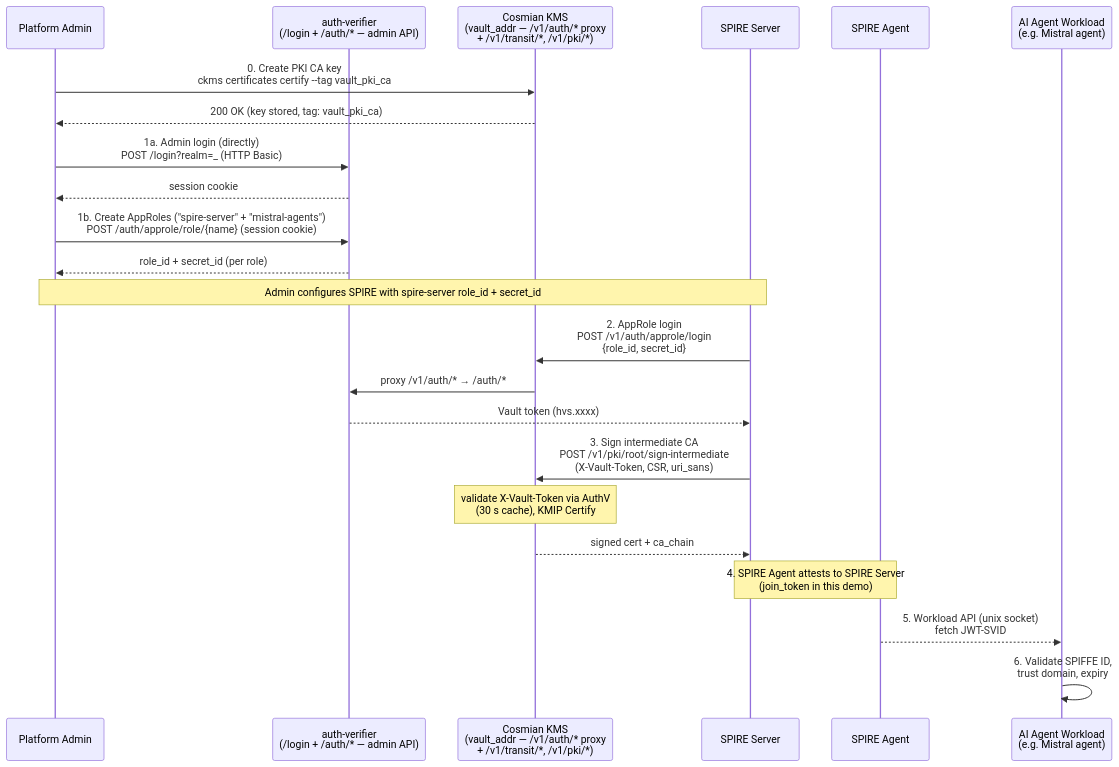
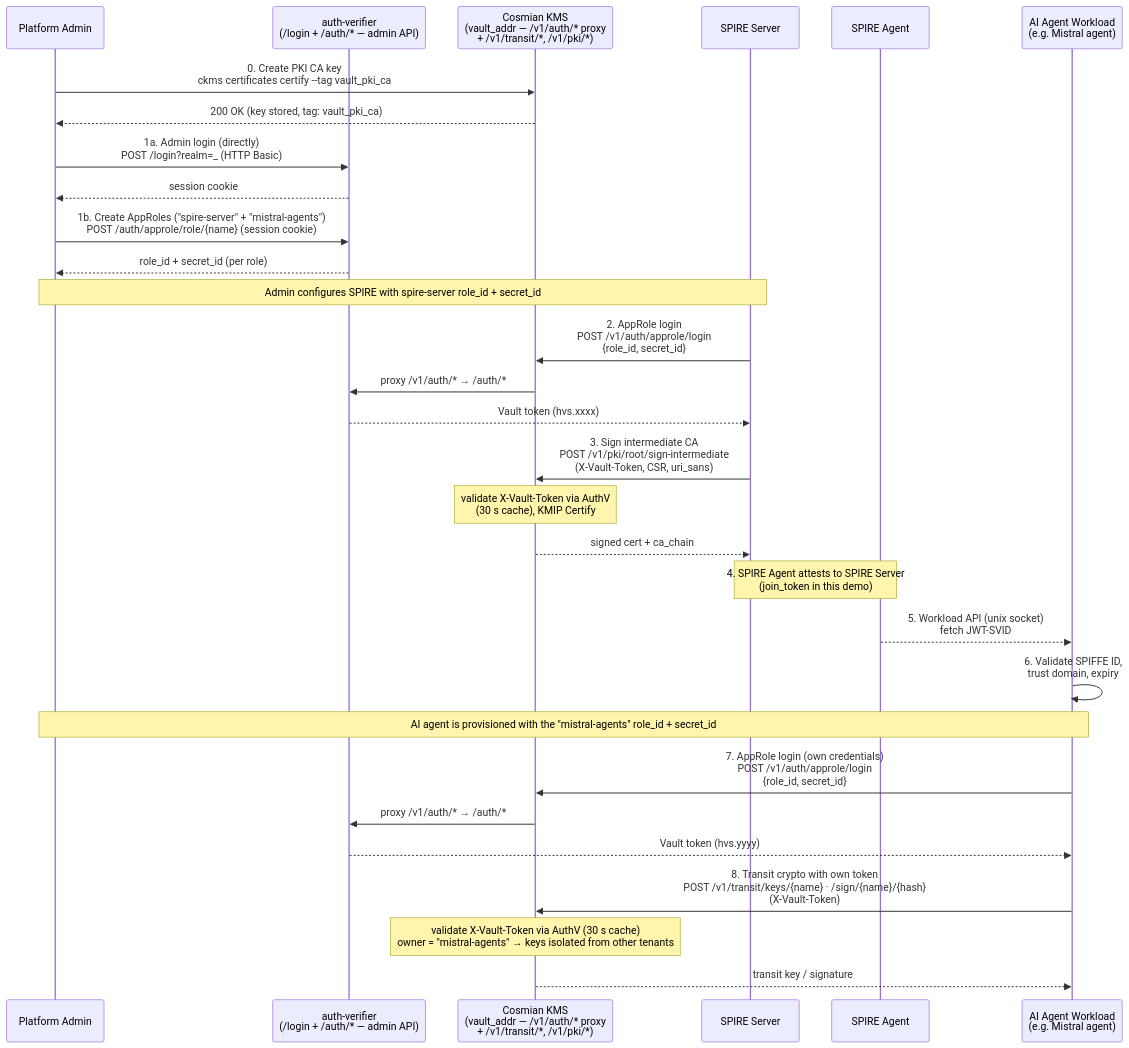
One commit to Cosmian/kms changed the first of 7 diagrams in documentation/docs/integrations/spire_spiffe.md. Above: the diagram before and after it, drawn with Mermaid. The commit also changed other lines of this file, not shown here.

First line of the commit message:
docs: show mistral-agents AppRole usage in End-to-end flow diagram

````diff
--- a/documentation/docs/integrations/spire_spiffe.md
+++ b/documentation/docs/integrations/spire_spiffe.md
@@ -14,26 +14,33 @@
 ```mermaid
 sequenceDiagram
     participant Admin as Platform Admin
     participant AuthV as auth-verifier<br/>(/login + /auth/* — admin API)
     participant KMS as Cosmian KMS<br/>(vault_addr — /v1/auth/* proxy<br/>+ /v1/transit/*, /v1/pki/*)
     participant Server as SPIRE Server
     participant Agent as SPIRE Agent
     participant Mistral as AI Agent Workload<br/>(e.g. Mistral agent)
 
     Admin->>KMS: 0. Create PKI CA key<br/>ckms certificates certify --tag vault_pki_ca
     KMS-->>Admin: 200 OK (key stored, tag: vault_pki_ca)
     Admin->>AuthV: 1a. Admin login (directly)<br/>POST /login?realm=_ (HTTP Basic)
     AuthV-->>Admin: session cookie
     Admin->>AuthV: 1b. Create AppRoles ("spire-server" + "mistral-agents")<br/>POST /auth/approle/role/{name} (session cookie)
     AuthV-->>Admin: role_id + secret_id (per role)
     Note over Admin,Server: Admin configures SPIRE with spire-server role_id + secret_id
     Server->>KMS: 2. AppRole login<br/>POST /v1/auth/approle/login<br/>{role_id, secret_id}
     KMS->>AuthV: proxy /v1/auth/* → /auth/*
     AuthV-->>Server: Vault token (hvs.xxxx)
     Server->>KMS: 3. Sign intermediate CA<br/>POST /v1/pki/root/sign-intermediate<br/>(X-Vault-Token, CSR, uri_sans)
     Note over KMS: validate X-Vault-Token via AuthV<br/>(30 s cache), KMIP Certify
     KMS-->>Server: signed cert + ca_chain
     Note over Server,Agent: 4. SPIRE Agent attests to SPIRE Server<br/>(join_token in this demo)
     Agent-->>Mistral: 5. Workload API (unix socket)<br/>fetch JWT-SVID
     Mistral->>Mistral: 6. Validate SPIFFE ID,<br/>trust domain, expiry
+    Note over Admin,Mistral: AI agent is provisioned with the "mistral-agents" role_id + secret_id
+    Mistral->>KMS: 7. AppRole login (own credentials)<br/>POST /v1/auth/approle/login<br/>{role_id, secret_id}
+    KMS->>AuthV: proxy /v1/auth/* → /auth/*
+    AuthV-->>Mistral: Vault token (hvs.yyyy)
+    Mistral->>KMS: 8. Transit crypto with own token<br/>POST /v1/transit/keys/{name} · /sign/{name}/{hash}<br/>(X-Vault-Token)
+    Note over KMS: validate X-Vault-Token via AuthV (30 s cache)<br/>owner = "mistral-agents" → keys isolated from other tenants
+    KMS-->>Mistral: transit key / signature
 ```
````
